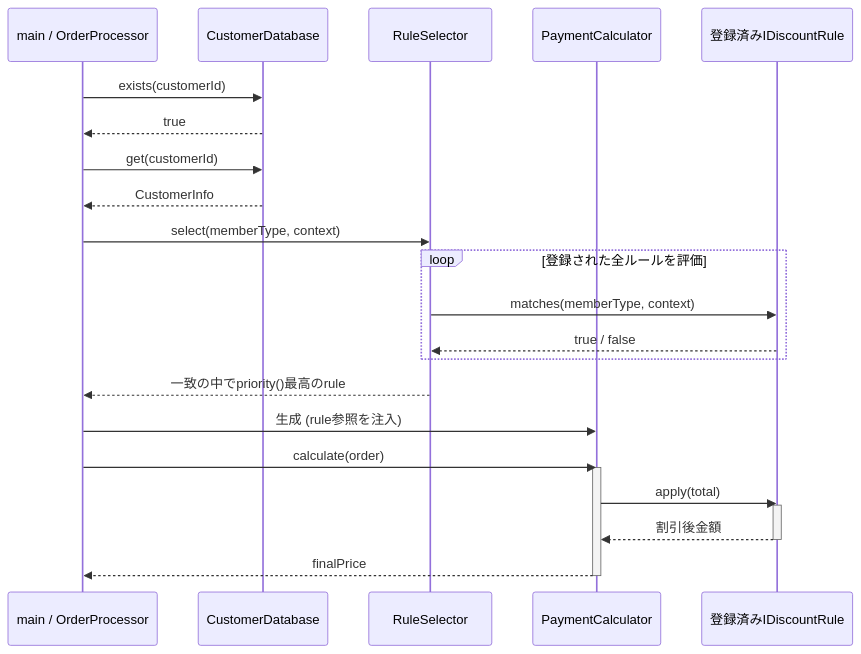
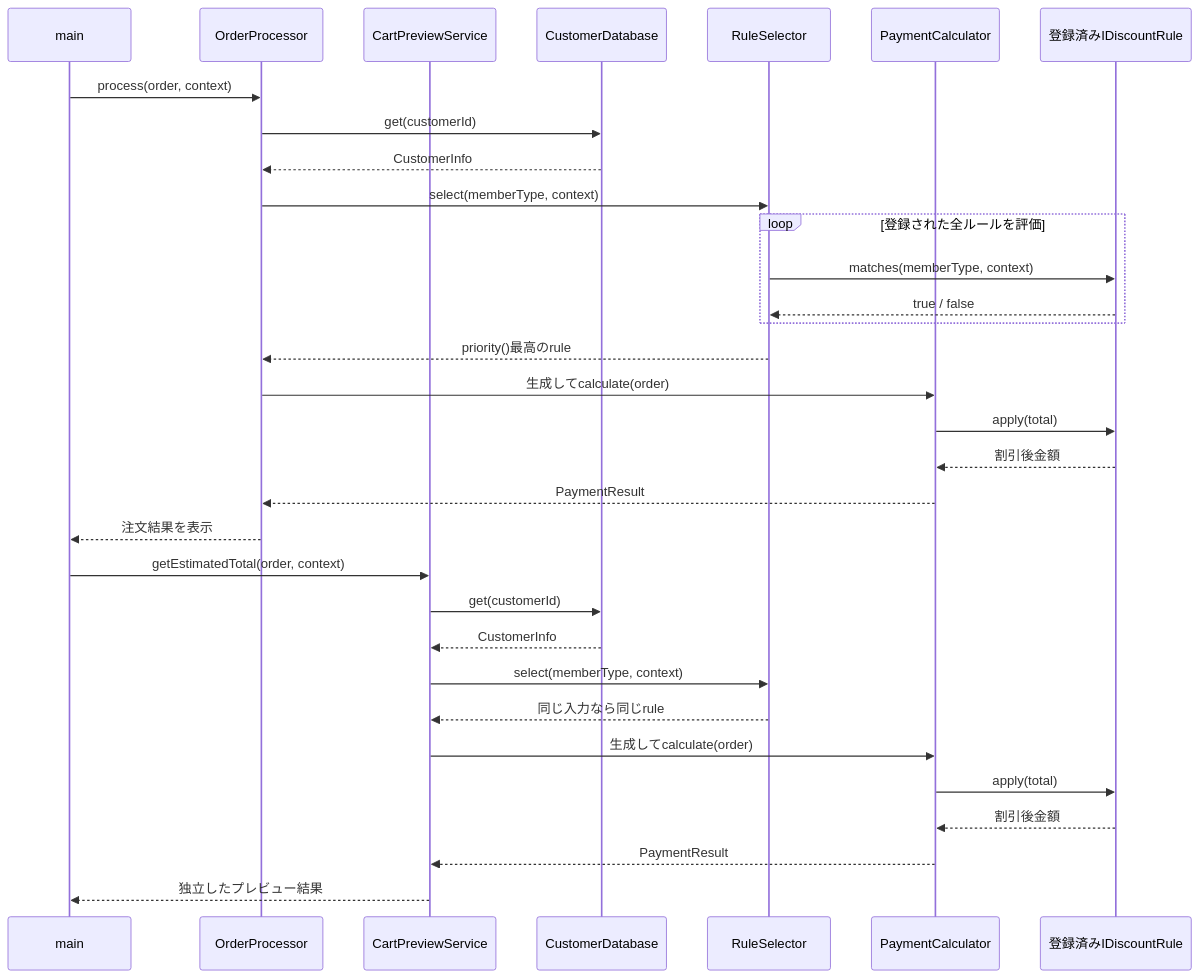
Before and after one commit to kumachan1101-pixel/DesignPattern: diagram 15 of 18 in kindle/design-patterns/output/chapter01.md, drawn with Mermaid. The commit also changed other lines of this file and 21 other files, not shown here.

````diff
--- a/kindle/design-patterns/output/chapter01.md
+++ b/kindle/design-patterns/output/chapter01.md
@@ -1863,28 +1958,36 @@
 ```mermaid
 sequenceDiagram
-    participant M as main / OrderProcessor
+    participant M as main
+    participant O as OrderProcessor
+    participant V as CartPreviewService
     participant DB as CustomerDatabase
     participant S as RuleSelector
     participant P as PaymentCalculator
     participant I as 登録済みIDiscountRule
 
-    M->>DB: exists(customerId)
-    DB-->>M: true
-    M->>DB: get(customerId)
-    DB-->>M: CustomerInfo
-    M->>S: select(memberType, context)
+    M->>O: process(order, context)
+    O->>DB: get(customerId)
+    DB-->>O: CustomerInfo
+    O->>S: select(memberType, context)
     loop 登録された全ルールを評価
         S->>I: matches(memberType, context)
         I-->>S: true / false
     end
-    S-->>M: 一致の中でpriority()最高のrule
-    M->>P: 生成 (rule参照を注入)
-    M->>P: calculate(order)
-    activate P
+    S-->>O: priority()最高のrule
+    O->>P: 生成してcalculate(order)
     P->>I: apply(total)
-    activate I
     I-->>P: 割引後金額
-    deactivate I
-    P-->>M: finalPrice
-    deactivate P
+    P-->>O: PaymentResult
+    O-->>M: 注文結果を表示
+
+    M->>V: getEstimatedTotal(order, context)
+    V->>DB: get(customerId)
+    DB-->>V: CustomerInfo
+    V->>S: select(memberType, context)
+    S-->>V: 同じ入力なら同じrule
+    V->>P: 生成してcalculate(order)
+    P->>I: apply(total)
+    I-->>P: 割引後金額
+    P-->>V: PaymentResult
+    V-->>M: 独立したプレビュー結果
 ```
````
